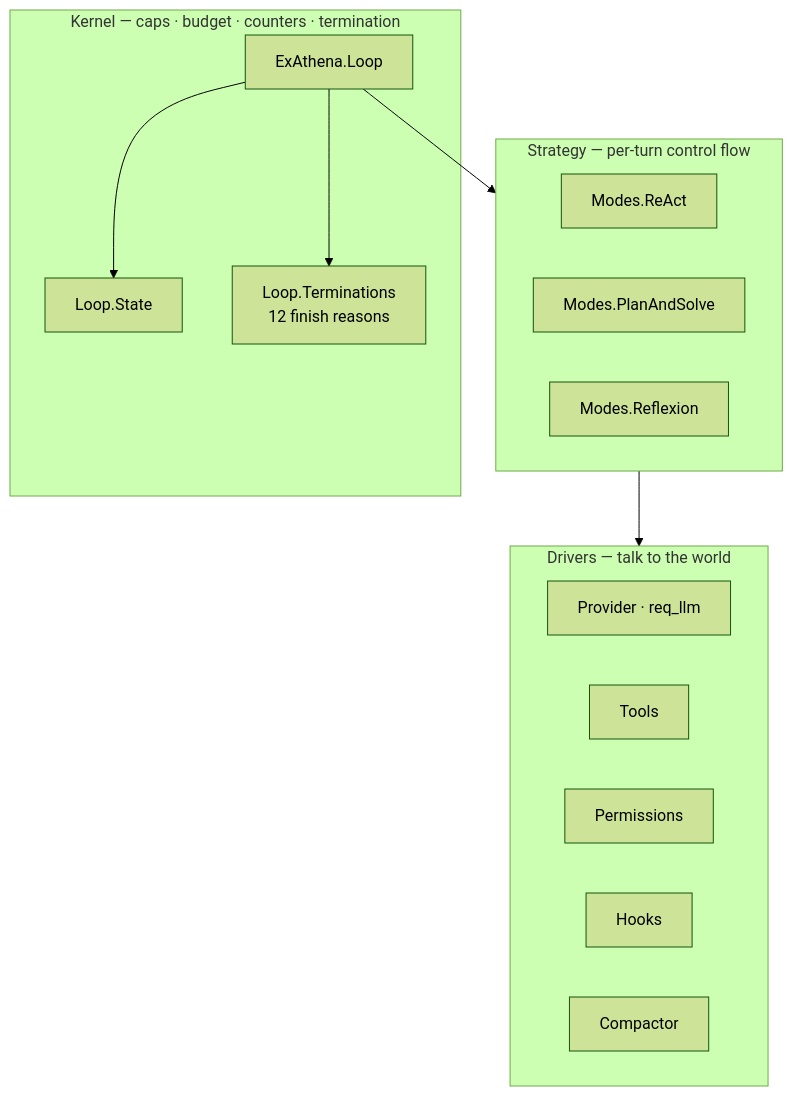
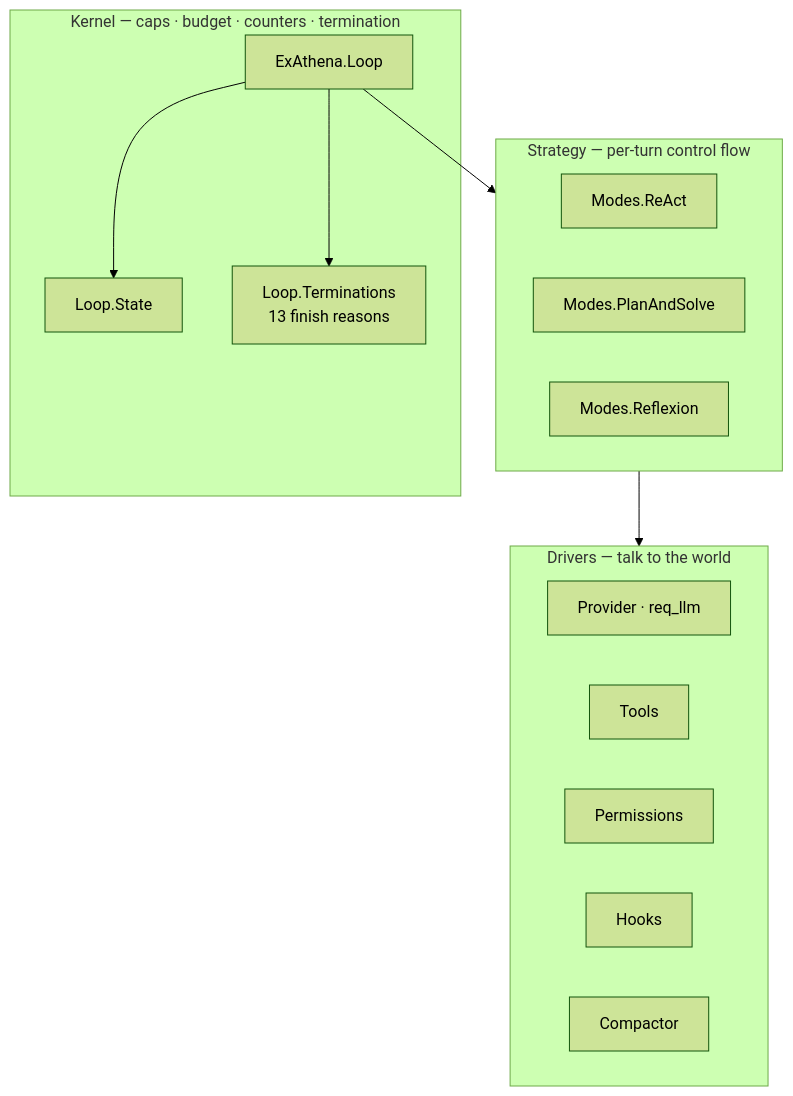
Before and after one commit to Dodothereal/ex_athena: the second of 2 diagrams in docs/01-mental-model.md, drawn with Mermaid (forest theme). The commit also changed 4 other files, not shown here.

````diff
--- a/docs/01-mental-model.md
+++ b/docs/01-mental-model.md
@@ -56,27 +56,27 @@
 ```mermaid
 flowchart TD
   subgraph K [Kernel — caps · budget · counters · termination]
     Loop[ExAthena.Loop]
     State[Loop.State]
-    Term[Loop.Terminations<br/>12 finish reasons]
+    Term[Loop.Terminations<br/>13 finish reasons]
   end
 
   subgraph S [Strategy — per-turn control flow]
     ReAct[Modes.ReAct]
     PaS[Modes.PlanAndSolve]
     Refl[Modes.Reflexion]
   end
 
   subgraph D [Drivers — talk to the world]
     Prov[Provider · req_llm]
     Tools[Tools]
     Perm[Permissions]
     Hooks[Hooks]
     Comp[Compactor]
   end
 
   Loop --> S
   S --> D
   Loop --> State
   Loop --> Term
 ```
````
